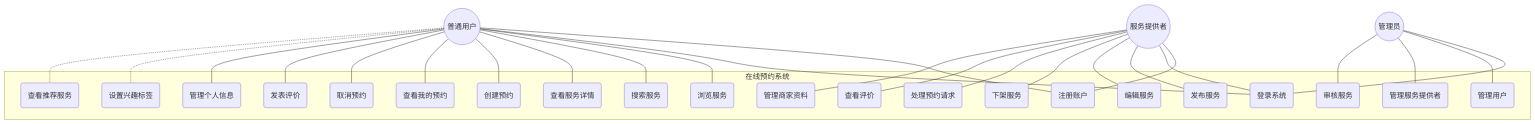
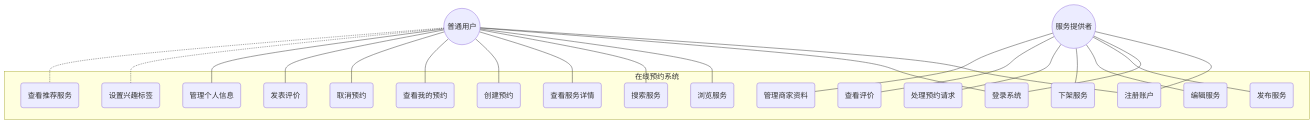
Before and after one commit to laipuran/online_reservation_system: the seventh of 19 diagrams in docs/PRD.md, drawn with Mermaid. The commit also changed other lines of this file, not shown here.

Commit message:
doc:removed admin completely

````diff
--- a/docs/PRD.md
+++ b/docs/PRD.md
@@ -269,57 +258,48 @@
 ```mermaid
 graph TB
     subgraph 在线预约系统
         UC1(注册账户)
         UC2(登录系统)
         UC3(浏览服务)
         UC4(搜索服务)
         UC5(查看服务详情)
         UC6(创建预约)
         UC7(查看我的预约)
         UC8(取消预约)
         UC9(发表评价)
         UC10(管理个人信息)
         UC11(发布服务)
         UC12(编辑服务)
         UC13(下架服务)
         UC14(处理预约请求)
         UC15(查看评价)
         UC16(管理商家资料)
-        UC17(管理用户)
-        UC18(管理服务提供者)
-        UC19(审核服务)
-        UC20(设置兴趣标签)
-        UC21(查看推荐服务)
+        UC17(设置兴趣标签)
+        UC18(查看推荐服务)
     end
 
     Customer((普通用户))
     Provider((服务提供者))
-    Admin((管理员))
 
     Customer --- UC1
     Customer --- UC2
     Customer --- UC3
     Customer --- UC4
     Customer --- UC5
     Customer --- UC6
     Customer --- UC7
     Customer --- UC8
     Customer --- UC9
     Customer --- UC10
-    Customer -.- UC20
-    Customer -.- UC21
+    Customer -.- UC17
+    Customer -.- UC18
 
     Provider --- UC1
     Provider --- UC2
     Provider --- UC11
     Provider --- UC12
     Provider --- UC13
     Provider --- UC14
     Provider --- UC15
     Provider --- UC16
-
-    Admin --- UC2
-    Admin --- UC17
-    Admin --- UC18
-    Admin --- UC19
 ```
````
